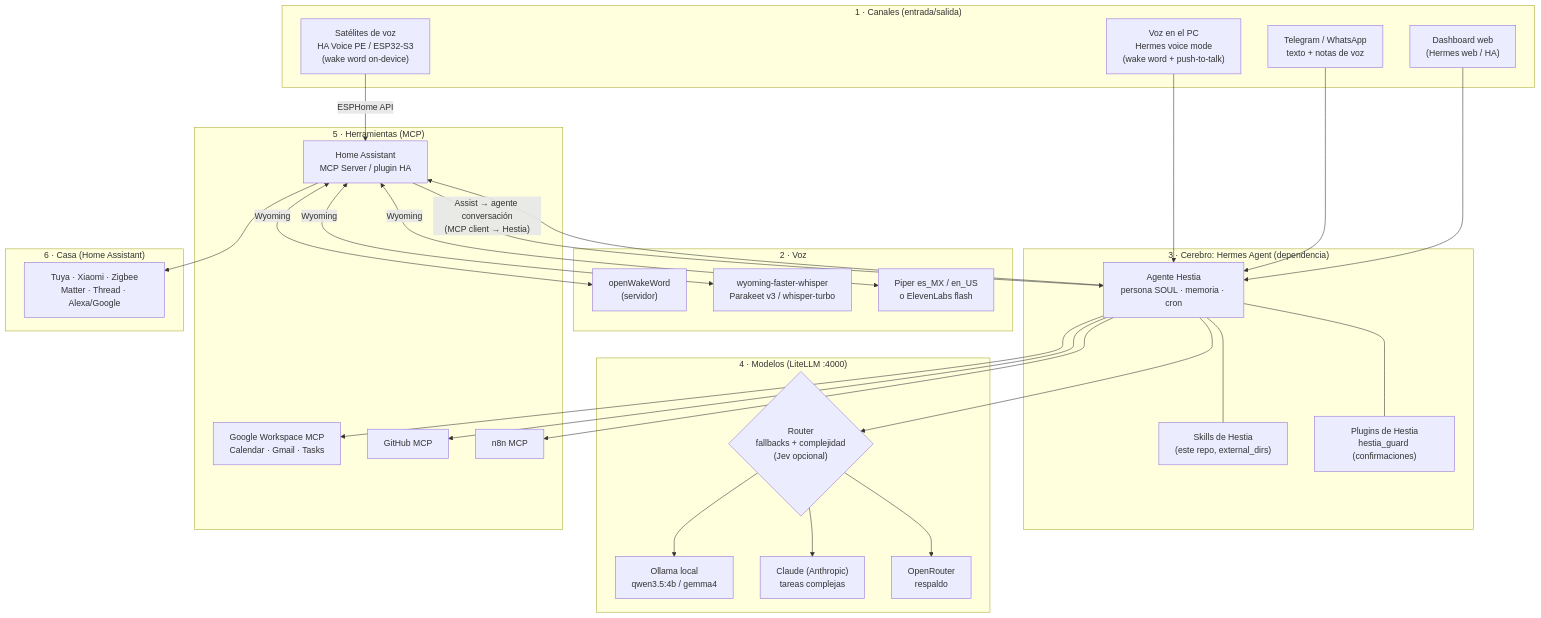
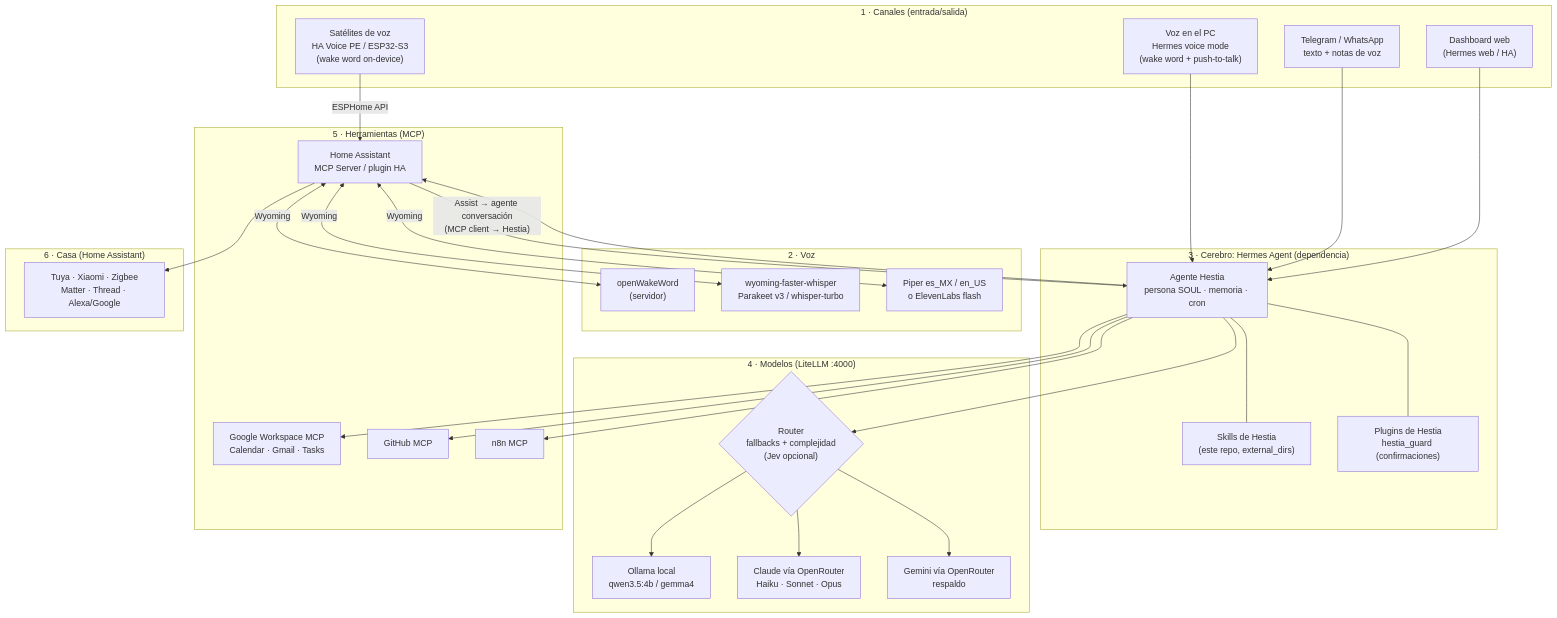
The diagram in docs/01-arquitectura.md (DrewGGM/hestia), drawn with Mermaid before and after one commit. The commit also changed 25 other files, not shown here.

````diff
--- a/docs/01-arquitectura.md
+++ b/docs/01-arquitectura.md
@@ -15,51 +15,51 @@
 ```mermaid
 flowchart TB
   subgraph Canales["1 · Canales (entrada/salida)"]
     SAT["Satélites de voz<br/>HA Voice PE / ESP32-S3<br/>(wake word on-device)"]
     PC["Voz en el PC<br/>Hermes voice mode<br/>(wake word + push-to-talk)"]
     TG["Telegram / WhatsApp<br/>texto + notas de voz"]
     WEB["Dashboard web<br/>(Hermes web / HA)"]
   end
 
   subgraph Voz["2 · Voz"]
     WW["openWakeWord<br/>(servidor)"]
     STT["wyoming-faster-whisper<br/>Parakeet v3 / whisper-turbo"]
     TTS["Piper es_MX / en_US<br/>o ElevenLabs flash"]
   end
 
   subgraph Cerebro["3 · Cerebro: Hermes Agent (dependencia)"]
     H["Agente Hestia<br/>persona SOUL · memoria · cron"]
     SK["Skills de Hestia<br/>(este repo, external_dirs)"]
     PL["Plugins de Hestia<br/>hestia_guard (confirmaciones)"]
   end
 
   subgraph Modelos["4 · Modelos (LiteLLM :4000)"]
     R{"Router<br/>fallbacks + complejidad<br/>(Jev opcional)"}
     OL["Ollama local<br/>qwen3.5:4b / gemma4"]
-    CL["Claude (Anthropic)<br/>tareas complejas"]
-    OR["OpenRouter<br/>respaldo"]
+    CL["Claude vía OpenRouter<br/>Haiku · Sonnet · Opus"]
+    OR["Gemini vía OpenRouter<br/>respaldo"]
   end
 
   subgraph Herramientas["5 · Herramientas (MCP)"]
     HA["Home Assistant<br/>MCP Server / plugin HA"]
     GW["Google Workspace MCP<br/>Calendar · Gmail · Tasks"]
     GH["GitHub MCP"]
     N8N["n8n MCP"]
   end
 
   subgraph Casa["6 · Casa (Home Assistant)"]
     DEV["Tuya · Xiaomi · Zigbee<br/>Matter · Thread · Alexa/Google"]
   end
 
   SAT -->|ESPHome API| HA
   HA <-->|Wyoming| WW & STT & TTS
   HA -->|"Assist → agente conversación<br/>(MCP client → Hestia)"| H
   PC --> H
   TG --> H
   WEB --> H
   H --- SK & PL
   H --> R
   R --> OL & CL & OR
   H --> HA & GW & GH & N8N
   HA --> DEV
 ```
````
